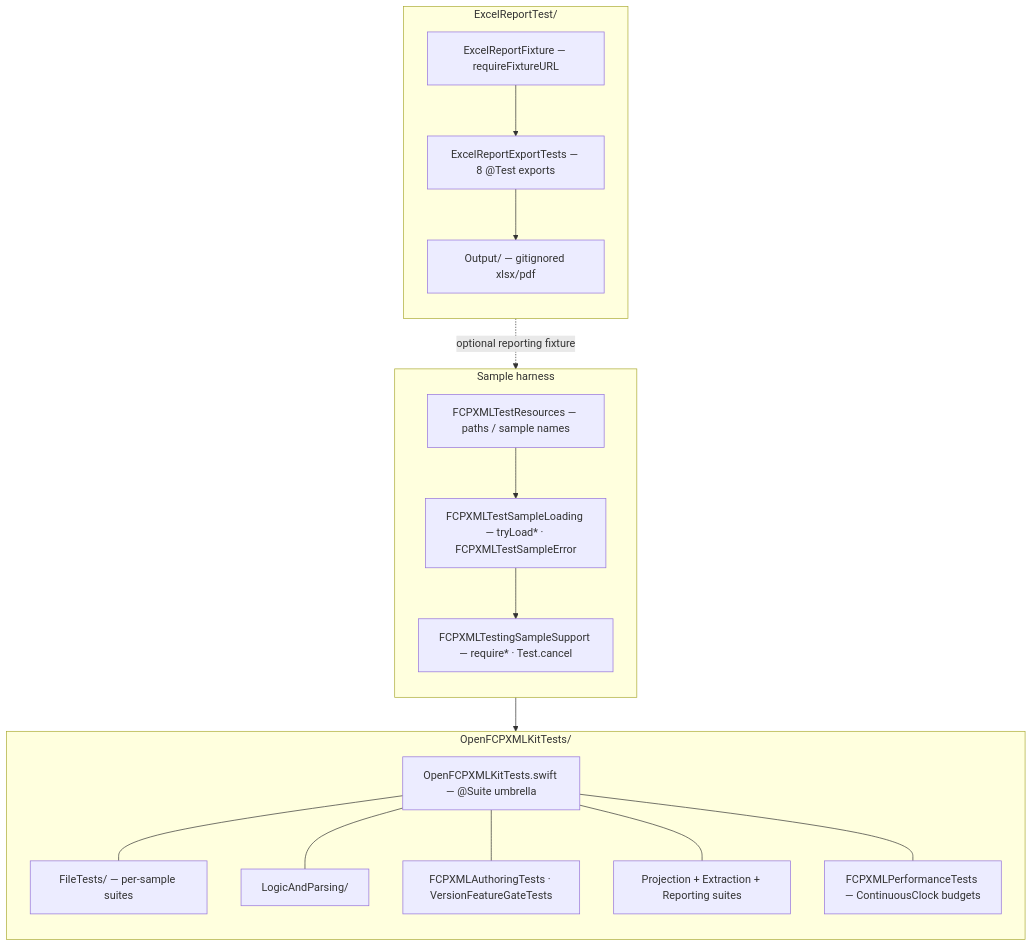
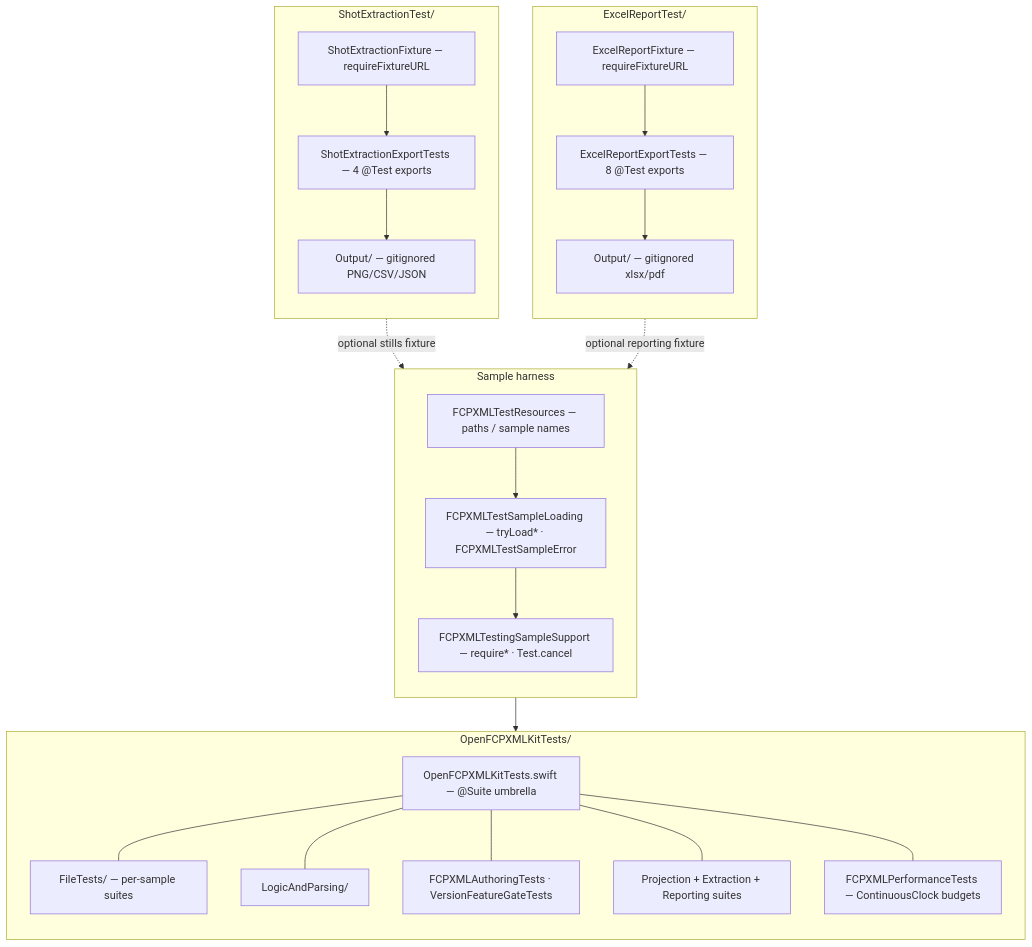
Before and after one commit to TheAcharya/OpenFCPXMLKit: the second of 6 diagrams in ARCHITECTURE.md, drawn with Mermaid. The commit also changed other lines of this file and 30 other files, not shown here.

First line of the commit message:
Notion JSON column order + ShotExtractionTest (3.3.4)

````diff
--- a/ARCHITECTURE.md
+++ b/ARCHITECTURE.md
@@ -236,36 +237,45 @@
 ```mermaid
 flowchart TB
     subgraph HARNESS["Sample harness"]
         direction TB
         RES["FCPXMLTestResources — paths / sample names"]
         LOAD["FCPXMLTestSampleLoading — tryLoad* · FCPXMLTestSampleError"]
         REQ["FCPXMLTestingSampleSupport — require* · Test.cancel"]
         RES --> LOAD --> REQ
     end
 
     subgraph OKT_TREE["OpenFCPXMLKitTests/"]
         direction TB
         UMB["OpenFCPXMLKitTests.swift — @Suite umbrella"]
         FILE["FileTests/ — per-sample suites"]
         LOGIC["LogicAndParsing/"]
         AUTH["FCPXMLAuthoringTests · VersionFeatureGateTests"]
         PROJ["Projection + Extraction + Reporting suites"]
         PERF["FCPXMLPerformanceTests — ContinuousClock budgets"]
         UMB --- FILE
         UMB --- LOGIC
         UMB --- AUTH
         UMB --- PROJ
         UMB --- PERF
     end
 
     subgraph ERT_TREE["ExcelReportTest/"]
         direction TB
         FIX["ExcelReportFixture — requireFixtureURL"]
         EXP["ExcelReportExportTests — 8 @Test exports"]
         OUT["Output/ — gitignored xlsx/pdf"]
         FIX --> EXP --> OUT
     end
 
+    subgraph SET_TREE["ShotExtractionTest/"]
+        direction TB
+        SFIX["ShotExtractionFixture — requireFixtureURL"]
+        SEXP["ShotExtractionExportTests — 4 @Test exports"]
+        SOUT["Output/ — gitignored PNG/CSV/JSON"]
+        SFIX --> SEXP --> SOUT
+    end
+
     HARNESS --> OKT_TREE
     FIX -.->|"optional reporting fixture"| HARNESS
+    SFIX -.->|"optional stills fixture"| HARNESS
 ```
````
